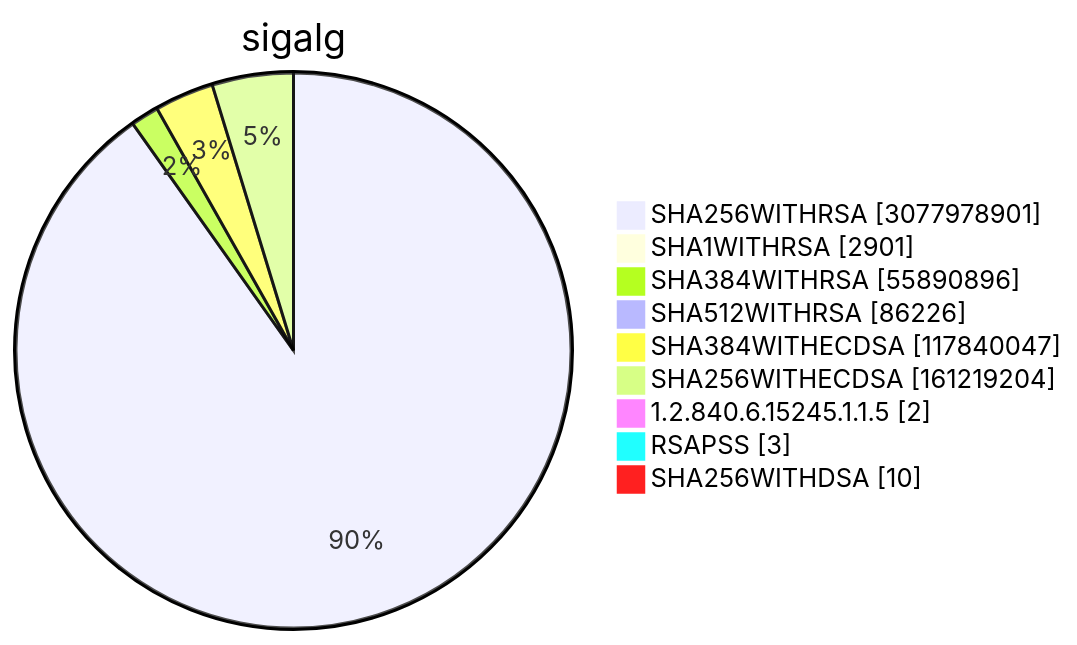
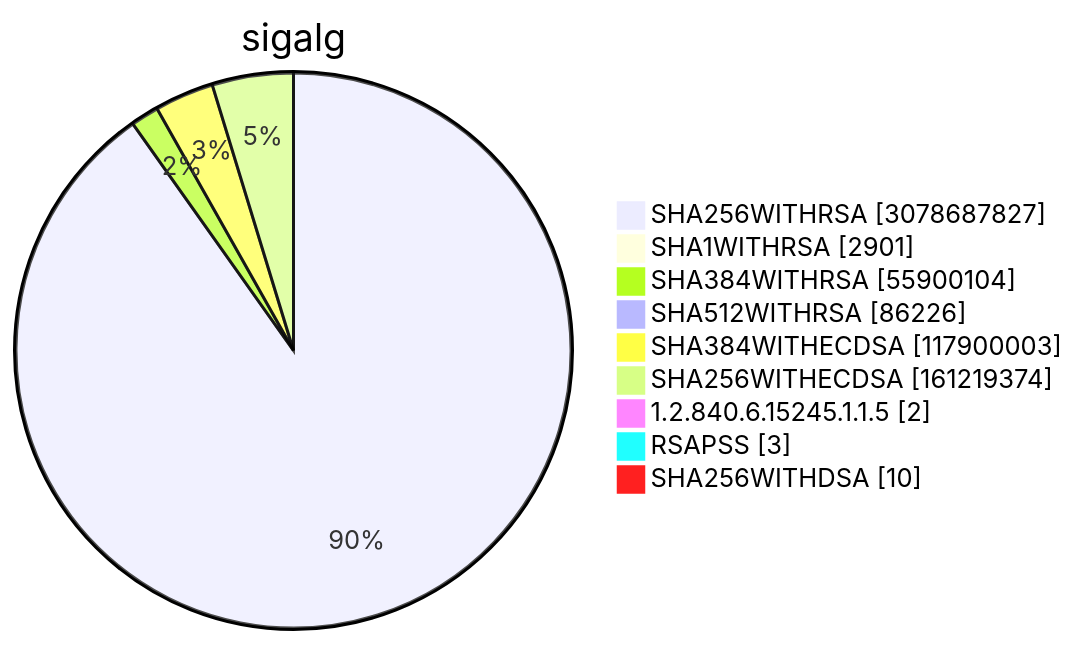
Diagram 15 of 15 in TOTAL/README.md (christiankrug/ctmonitor_visualization), drawn with Mermaid before and after one commit. The commit also changed other lines of this file, not shown here.

````diff
--- a/TOTAL/README.md
+++ b/TOTAL/README.md
@@ -6209,13 +6209,13 @@
 ```mermaid
 pie showData
 title sigalg
-"SHA256WITHRSA" :3077978901
+"SHA256WITHRSA" :3078687827
 "SHA1WITHRSA" :2901
-"SHA384WITHRSA" :55890896
+"SHA384WITHRSA" :55900104
 "SHA512WITHRSA" :86226
-"SHA384WITHECDSA" :117840047
-"SHA256WITHECDSA" :161219204
+"SHA384WITHECDSA" :117900003
+"SHA256WITHECDSA" :161219374
 "1.2.840.6.15245.1.1.5" :2
 "RSAPSS" :3
 "SHA256WITHDSA" :10
 ```
````
